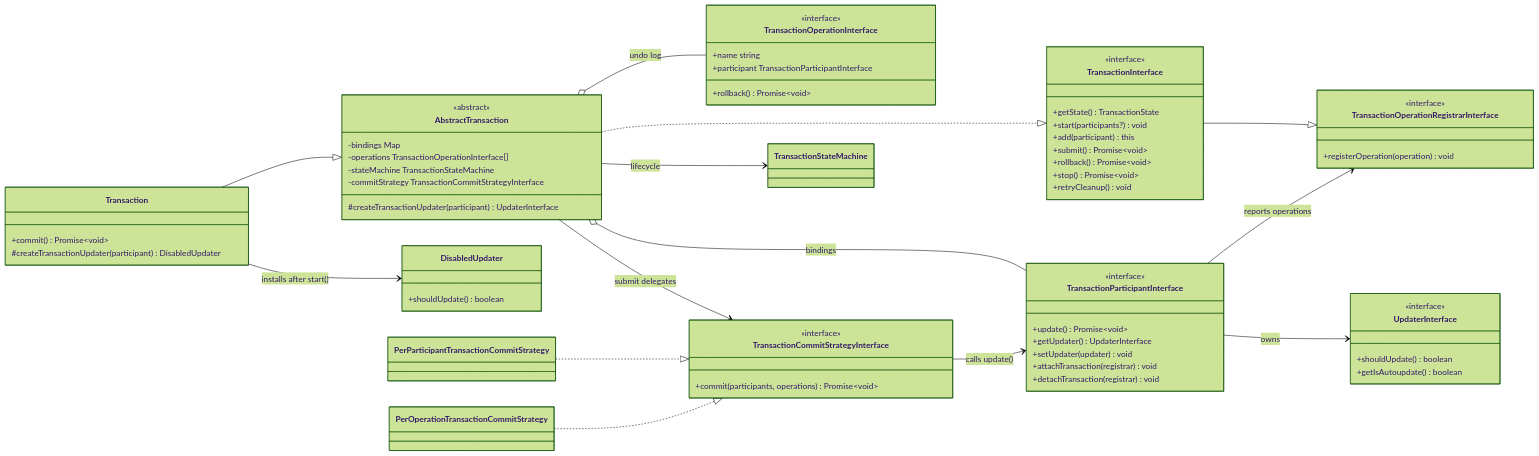
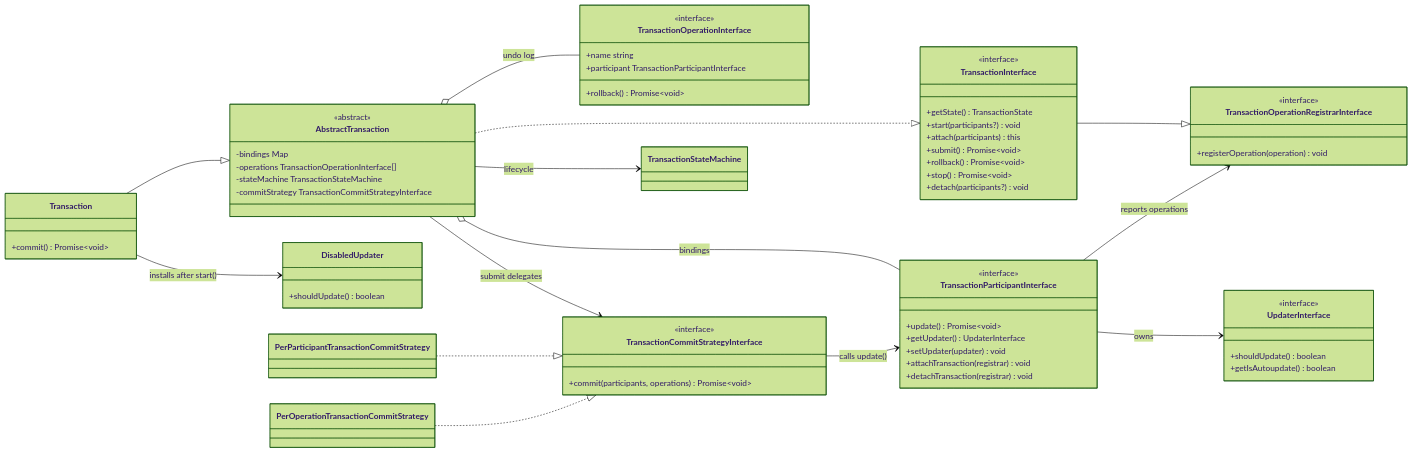
One commit to Frxnklyn/npm-transaction-manager changed the diagram in README.md. Above: the diagram before and after it, drawn with Mermaid (forest theme). The commit also changed other lines of this file and 15 other files, not shown here.

Commit message:
Refine transaction attach and detach lifecycle

```diff
--- a/README.md
+++ b/README.md
@@ -34,11 +34,11 @@
         <<interface>>
         +getState() TransactionState
         +start(participants?) void
-        +add(participant) this
+        +attach(participants) this
         +submit() Promise~void~
         +rollback() Promise~void~
         +stop() Promise~void~
-        +retryCleanup() void
+        +detach(participants?) void
     }
 
     class AbstractTransaction {
@@ -47,12 +47,10 @@
         -operations TransactionOperationInterface[]
         -stateMachine TransactionStateMachine
         -commitStrategy TransactionCommitStrategyInterface
-        #createTransactionUpdater(participant) UpdaterInterface
     }
 
     class Transaction {
         +commit() Promise~void~
-        #createTransactionUpdater(participant) DisabledUpdater
     }
 
     class TransactionParticipantInterface {
```
